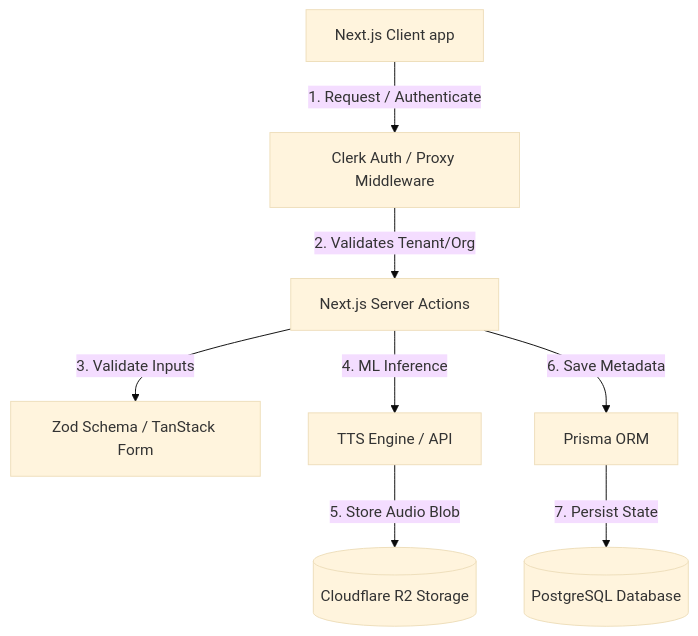
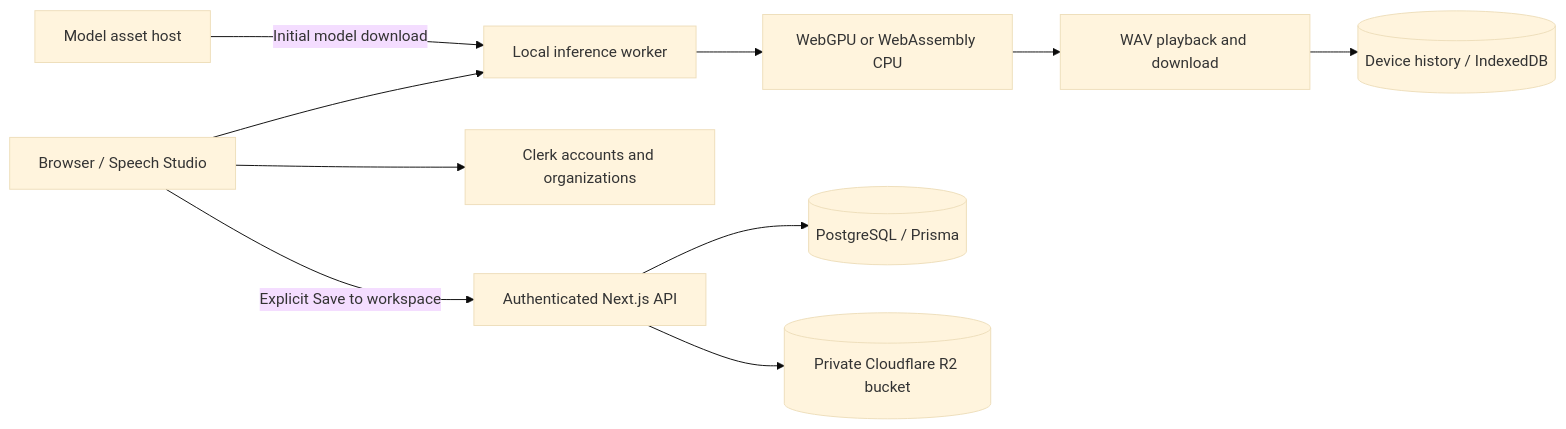
One commit to ayush-343/ResonaAI changed the diagram in README.md. Above: the diagram before and after it, drawn with Mermaid (base theme). The commit also changed other lines of this file and 113 other files, not shown here.

Commit message:
Build local speech workspace and landing page; update README

````diff
--- a/README.md
+++ b/README.md
@@ -32,10 +24,12 @@
 ```mermaid
-flowchart TD
-    Client[Next.js Client app] -->|1. Request / Authenticate| Clerk[Clerk Auth / Proxy Middleware]
-    Clerk -->|2. Validates Tenant/Org| ServerAction[Next.js Server Actions]
-    ServerAction -->|3. Validate Inputs| Zod[Zod Schema / TanStack Form]
-    ServerAction -->|4. ML Inference| ML[TTS Engine / API]
-    ML -->|5. Store Audio Blob| R2[(Cloudflare R2 Storage)]
-    ServerAction -->|6. Save Metadata| Prisma[Prisma ORM]
-    Prisma -->|7. Persist State| DB[(PostgreSQL Database)]
+flowchart LR
+    Browser[Browser / Speech Studio] --> Worker[Local inference worker]
+    Host[Model asset host] -->|Initial model download| Worker
+    Worker --> GPU[WebGPU or WebAssembly CPU]
+    GPU --> Audio[WAV playback and download]
+    Audio --> Device[(Device history / IndexedDB)]
+    Browser --> Clerk[Clerk accounts and organizations]
+    Browser -->|Explicit Save to workspace| API[Authenticated Next.js API]
+    API --> DB[(PostgreSQL / Prisma)]
+    API --> R2[(Private Cloudflare R2 bucket)]
 ```
````
